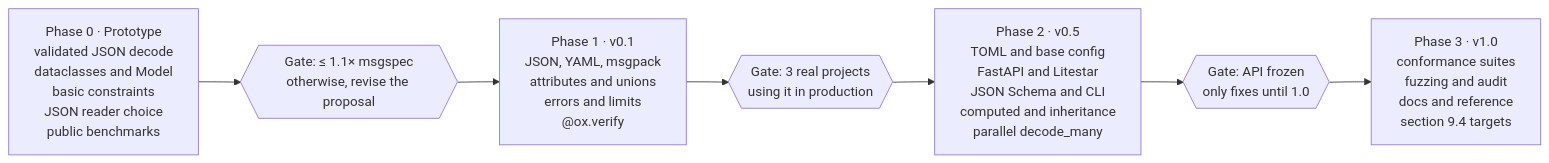
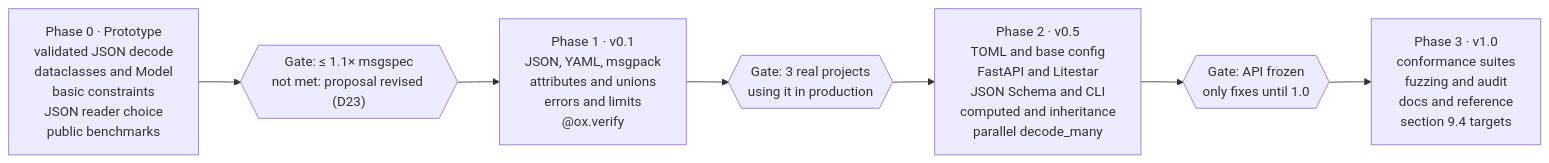
One commit to m4nd0r4s/oxiform changed the third of 3 diagrams in docs/spec.md. Above: the diagram before and after it, drawn with Mermaid. The commit also changed other lines of this file, not shown here.

Commit message:
Gate G1 decision

````diff
--- a/docs/spec.md
+++ b/docs/spec.md
@@ -961,11 +962,11 @@
 ```mermaid
 flowchart LR
     F0["Phase 0 · Prototype<br/>validated JSON decode<br/>dataclasses and Model<br/>basic constraints<br/>JSON reader choice<br/>public benchmarks"]
-    G1{{"Gate: ≤ 1.1× msgspec<br/>otherwise, revise the proposal"}}
+    G1{{"Gate: ≤ 1.1× msgspec<br/>not met: proposal revised (D23)"}}
     F1["Phase 1 · v0.1<br/>JSON, YAML, msgpack<br/>attributes and unions<br/>errors and limits<br/>@ox.verify"]
     G2{{"Gate: 3 real projects<br/>using it in production"}}
     F2["Phase 2 · v0.5<br/>TOML and base config<br/>FastAPI and Litestar<br/>JSON Schema and CLI<br/>computed and inheritance<br/>parallel decode_many"]
     G3{{"Gate: API frozen<br/>only fixes until 1.0"}}
     F3["Phase 3 · v1.0<br/>conformance suites<br/>fuzzing and audit<br/>docs and reference<br/>section 9.4 targets"]
     F0 --> G1 --> F1 --> G2 --> F2 --> G3 --> F3
 ```
````
